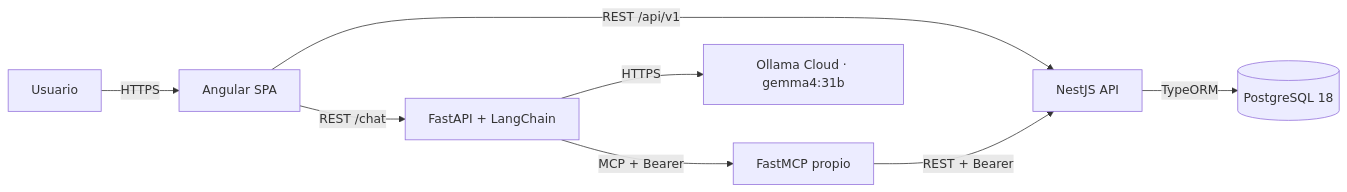
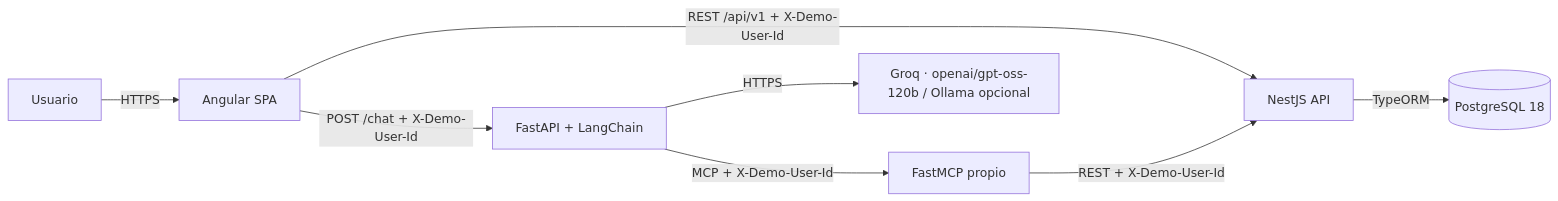
Before and after one commit to cimi88/proyecto-lost-found: the diagram in README.md, drawn with Mermaid. The commit also changed other lines of this file and 66 other files, not shown here.

````diff
--- a/README.md
+++ b/README.md
@@ -49,10 +62,10 @@
 ```mermaid
 flowchart LR
   U[Usuario] -->|HTTPS| FE[Angular SPA]
-  FE -->|REST /api/v1| API[NestJS API]
-  FE -->|REST /chat| AI[FastAPI + LangChain]
-  AI -->|HTTPS| LLM[Ollama Cloud · gemma4:31b]
-  AI -->|MCP + Bearer| MCP1[FastMCP propio]
-  MCP1 -->|REST + Bearer| API
+  FE -->|REST /api/v1 + X-Demo-User-Id| API[NestJS API]
+  FE -->|POST /chat + X-Demo-User-Id| AI[FastAPI + LangChain]
+  AI -->|HTTPS| LLM[Groq · openai/gpt-oss-120b / Ollama opcional]
+  AI -->|MCP + X-Demo-User-Id| MCP1[FastMCP propio]
+  MCP1 -->|REST + X-Demo-User-Id| API
   API -->|TypeORM| DB[(PostgreSQL 18)]
 ```
````
